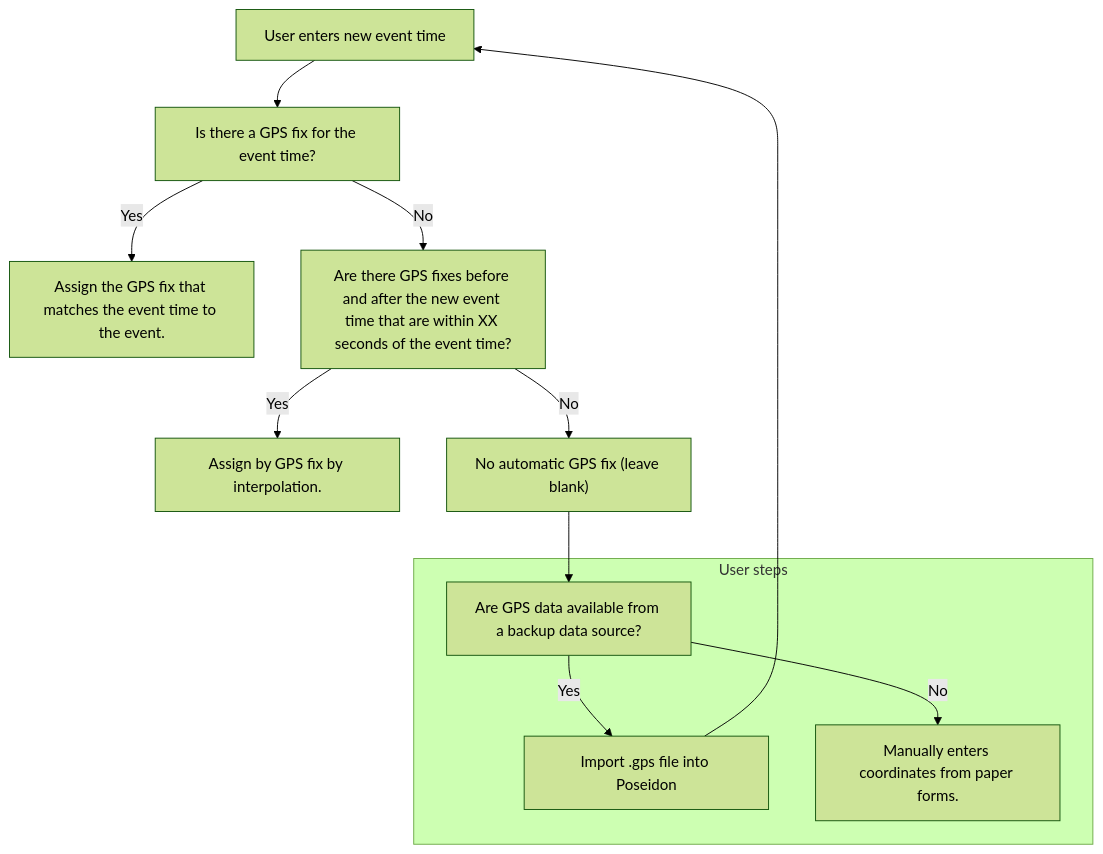
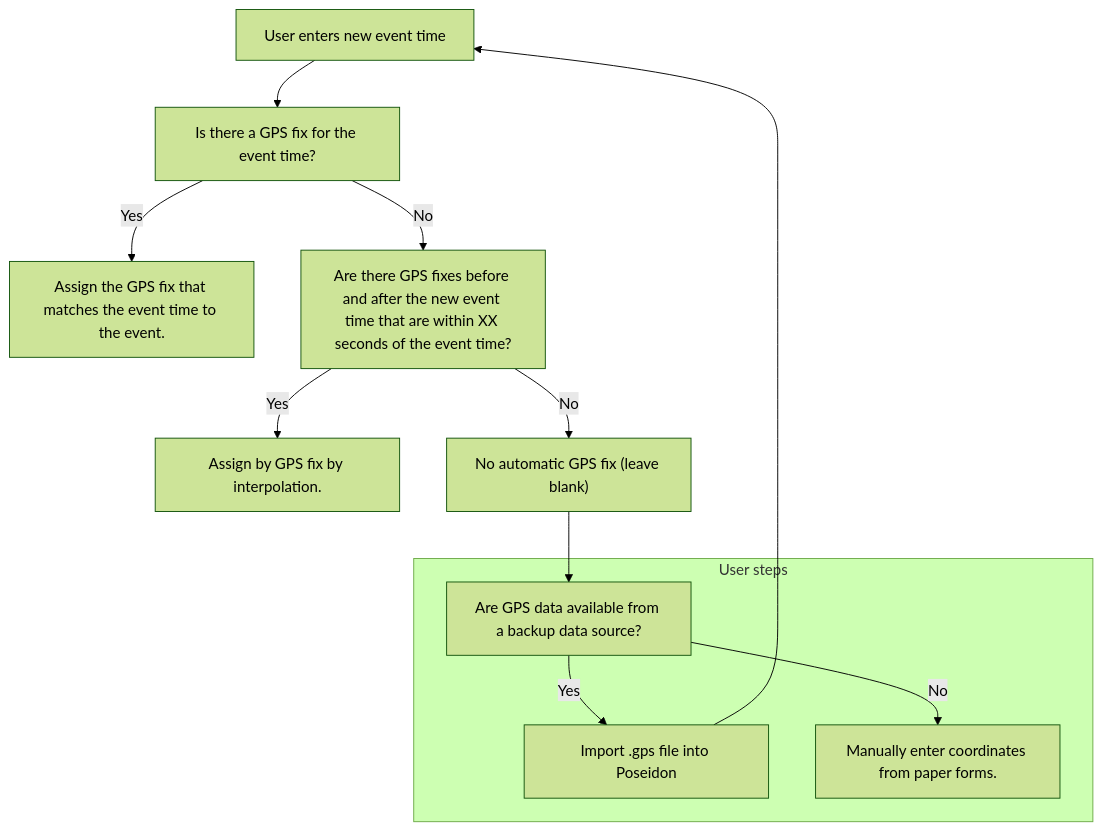
Before and after one commit to afsc-gap-products/navmaps: the first of 2 diagrams in assets/changing_event_time.md, drawn with Mermaid (forest theme).

Commit message:
Copy-edit

````diff
--- a/assets/changing_event_time.md
+++ b/assets/changing_event_time.md
@@ -3,13 +3,13 @@
 ``` mermaid
 graph TD
   A["User enters new event time"]-->B["Is there a GPS fix for the event time?"]--> |Yes| C["Assign the GPS fix that matches the event time to the event."]
   B["Is there a GPS fix for the event time?"]--> |No| D["Are there GPS fixes before and after the new event time that are within XX seconds of the event time?"]
   D["Are there GPS fixes before and after the new event time that are within XX seconds of the event time?"]--> |Yes| E["Assign by GPS fix by interpolation."]
   D["Are there GPS fixes before and after the new event time that are within XX seconds of the event time?"]--> |No| F["No automatic GPS fix (leave blank)"]
   F["No automatic GPS fix (leave blank)"]--> G["Are GPS data available from a backup data source?"]
   subgraph User steps
     G["Are GPS data available from a backup data source?"]--> |Yes| H["Import .gps file into Poseidon"]
-    G["Are GPS data available from a backup data source?"]--> |No| I["Manually enters coordinates from paper forms."]
+    G["Are GPS data available from a backup data source?"]--> |No| I["Manually enter coordinates from paper forms."]
   end
   H["Import .gps file into Poseidon"]--> A["User enters new event time"]
 ```
````
